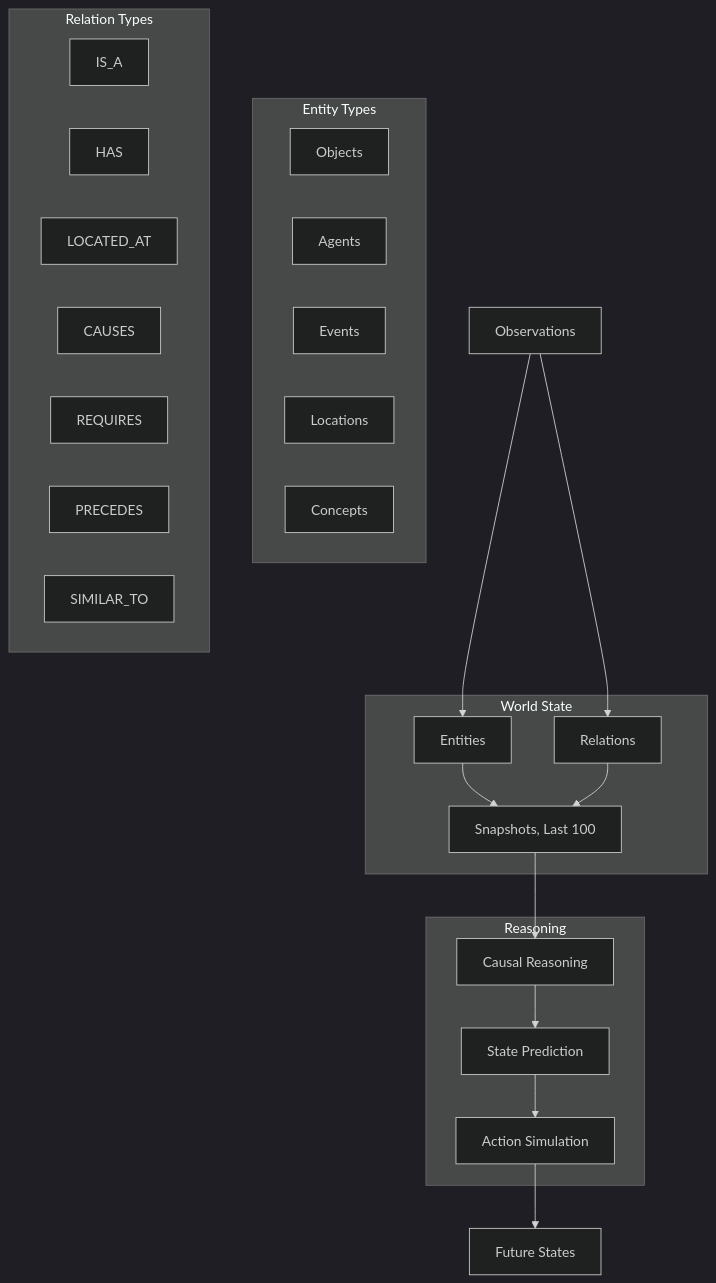
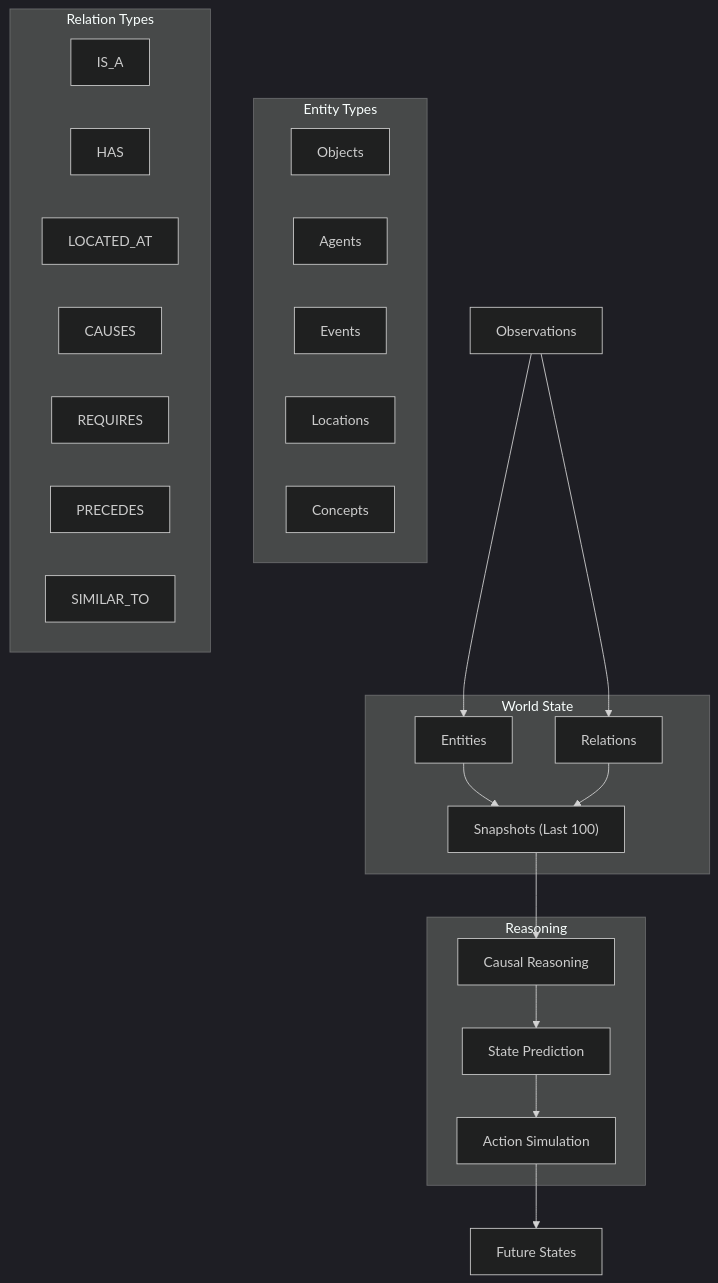
Before and after one commit to bistuwangqiyuan/Open-Sable: the eighth of 20 diagrams in README.md, drawn with Mermaid (dark theme). The commit also changed other lines of this file, not shown here.

First line of the commit message:
fix: repair broken Mermaid diagrams in README + mark Skills marketplace as done

````diff
--- a/README.md
+++ b/README.md
@@ -940,43 +940,43 @@
 ```mermaid
 graph TB
     subgraph "Entity Types"
         OBJ[Objects]
         AGT[Agents]
         EVT[Events]
         LOC[Locations]
         CON[Concepts]
     end
     
     subgraph "Relation Types"
         ISA[IS_A]
         HAS[HAS]
         LOC_AT[LOCATED_AT]
         CAUSES[CAUSES]
         REQ[REQUIRES]
         PREC[PRECEDES]
         SIM[SIMILAR_TO]
     end
     
     subgraph "World State"
         ENT[Entities]
         REL[Relations]
-        SNAP[Snapshots, Last 100]
+        SNAP["Snapshots (Last 100)"]
     end
     
     subgraph "Reasoning"
         CAUSAL[Causal Reasoning]
         PRED[State Prediction]
         SIM_ACT[Action Simulation]
     end
     
     OBS[Observations] --> ENT
     OBS --> REL
     ENT --> SNAP
     REL --> SNAP
     
     SNAP --> CAUSAL
     CAUSAL --> PRED
     PRED --> SIM_ACT
     
     SIM_ACT --> FUTURE[Future States]
 ```
````
